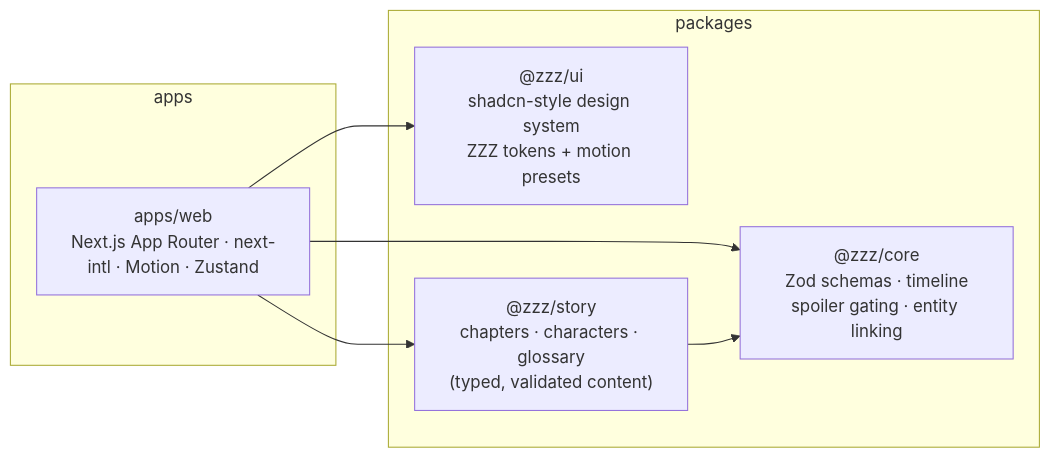
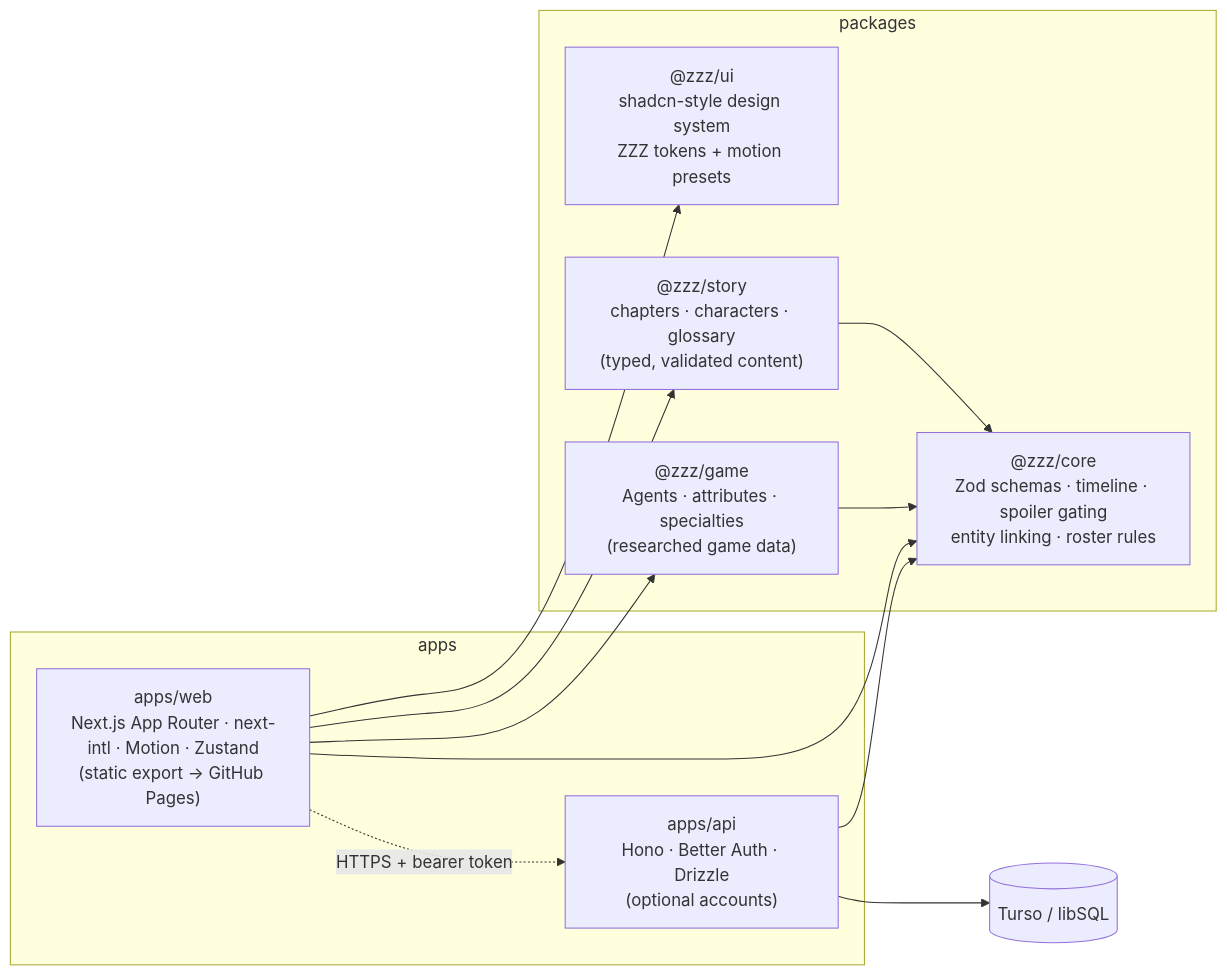
One commit to ldallacqua/zzz-companion changed the diagram in README.md. Above: the diagram before and after it, drawn with Mermaid. The commit also changed other lines of this file and 94 other files, not shown here.

First line of the commit message:
feat(accounts): My Agents roster, sign-in and roster sync API (#9)

````diff
--- a/README.md
+++ b/README.md
@@ -120,15 +144,23 @@
 ```mermaid
 flowchart LR
   subgraph apps
-    web["apps/web<br/>Next.js App Router · next-intl · Motion · Zustand"]
+    web["apps/web<br/>Next.js App Router · next-intl · Motion · Zustand<br/>(static export → GitHub Pages)"]
+    api["apps/api<br/>Hono · Better Auth · Drizzle<br/>(optional accounts)"]
   end
   subgraph packages
     ui["@zzz/ui<br/>shadcn-style design system<br/>ZZZ tokens + motion presets"]
     story["@zzz/story<br/>chapters · characters · glossary<br/>(typed, validated content)"]
-    core["@zzz/core<br/>Zod schemas · timeline<br/>spoiler gating · entity linking"]
+    game["@zzz/game<br/>Agents · attributes · specialties<br/>(researched game data)"]
+    core["@zzz/core<br/>Zod schemas · timeline · spoiler gating<br/>entity linking · roster rules"]
   end
+  db[("Turso / libSQL")]
   web --> ui
   web --> story
+  web --> game
   web --> core
+  web -. "HTTPS + bearer token" .-> api
+  api --> core
+  api --> db
   story --> core
+  game --> core
 ```
````
